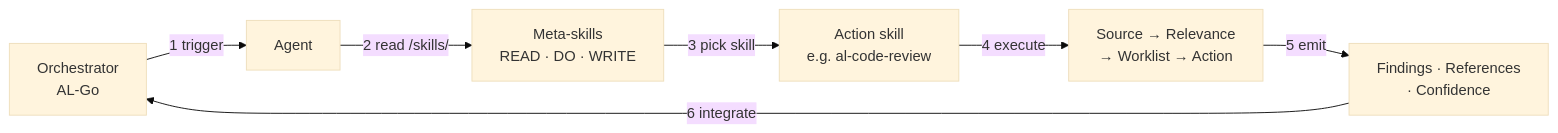
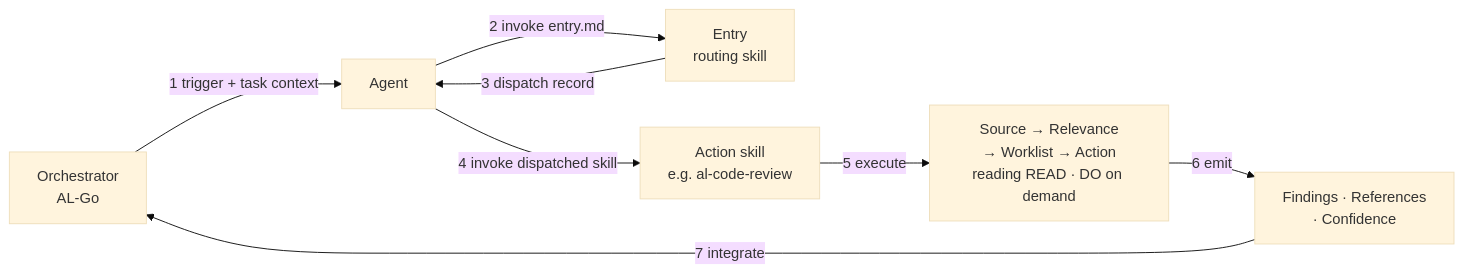
The diagram in agent-consumption.md (microsoft/BCQuality), drawn with Mermaid (base theme) before and after one commit. The commit also changed other lines of this file and 4 other files, not shown here.

````diff
--- a/agent-consumption.md
+++ b/agent-consumption.md
@@ -17,9 +17,10 @@
 ```mermaid
 flowchart LR
-    O[Orchestrator<br/>AL-Go] -->|1 trigger| A[Agent]
-    A -->|2 read /skills/| M[Meta-skills<br/>READ · DO · WRITE]
-    M -->|3 pick skill| S[Action skill<br/>e.g. al-code-review]
-    S -->|4 execute| P[Source → Relevance<br/>→ Worklist → Action]
-    P -->|5 emit| R[Findings · References<br/>· Confidence]
-    R -->|6 integrate| O
+    O[Orchestrator<br/>AL-Go] -->|1 trigger + task context| A[Agent]
+    A -->|2 invoke entry.md| E[Entry<br/>routing skill]
+    E -->|3 dispatch record| A
+    A -->|4 invoke dispatched skill| S[Action skill<br/>e.g. al-code-review]
+    S -->|5 execute| P[Source → Relevance<br/>→ Worklist → Action<br/>reading READ · DO on demand]
+    P -->|6 emit| R[Findings · References<br/>· Confidence]
+    R -->|7 integrate| O
 ```
````
